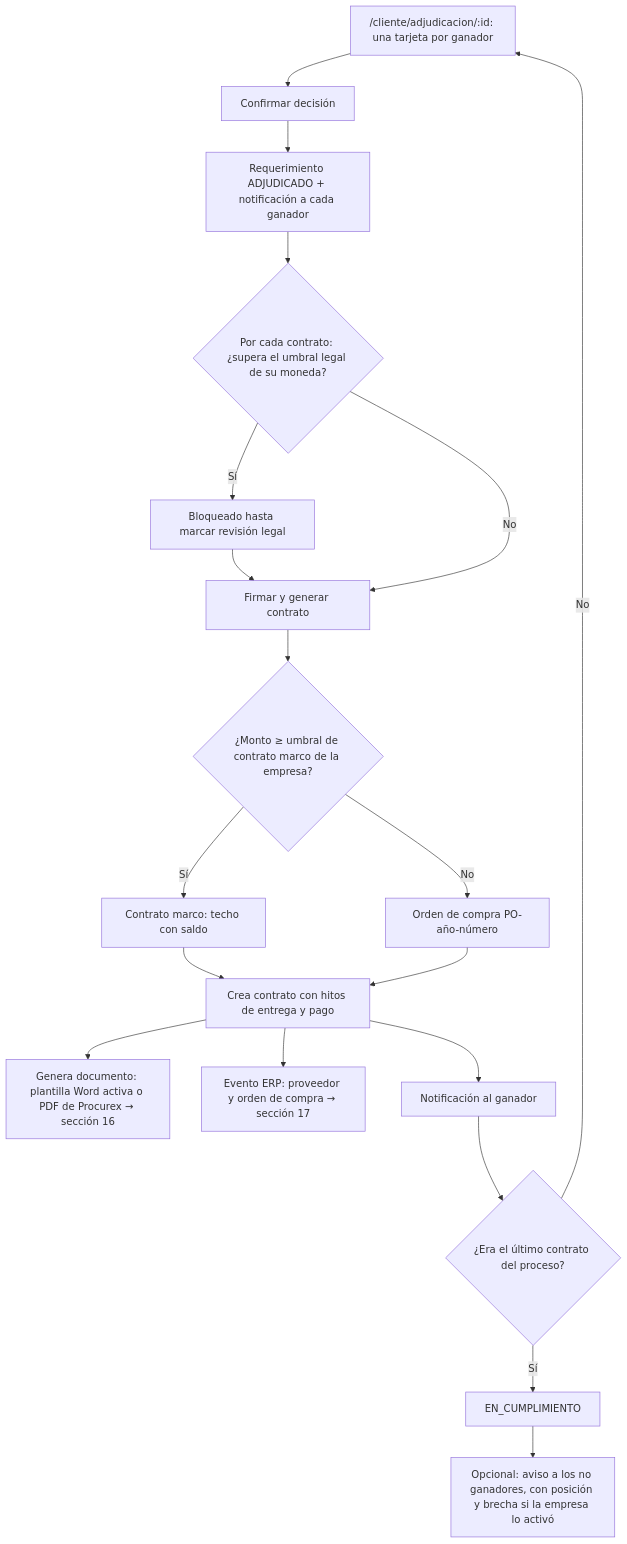
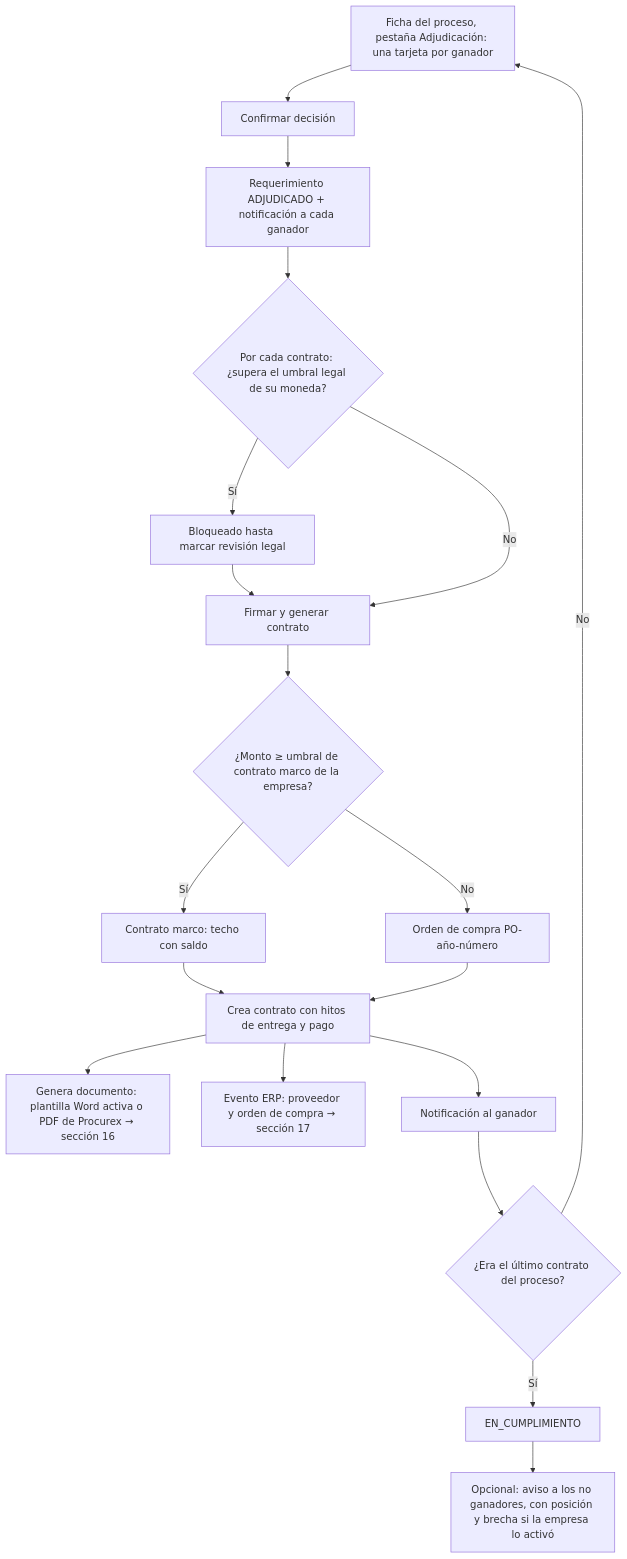
Diagram 18 of 34 in docs/DIAGRAMAS-FLUJO.md (johnalecc21/bolt_pro), drawn with Mermaid before and after one commit.

Commit message:
Diagramas: adjudicación como pestaña de la ficha del proceso
Claude-Session: https://claude.ai/code/session_01FvLx2PXVsKge9HQCpkeMWa

````diff
--- a/docs/DIAGRAMAS-FLUJO.md
+++ b/docs/DIAGRAMAS-FLUJO.md
@@ -449,19 +449,19 @@
 ```mermaid
 flowchart TD
-    A["/cliente/adjudicacion/:id: una tarjeta por ganador"] --> B["Confirmar decisión"]
+    A["Ficha del proceso, pestaña Adjudicación: una tarjeta por ganador"] --> B["Confirmar decisión"]
     B --> C["Requerimiento ADJUDICADO + notificación a cada ganador"]
     C --> D{"Por cada contrato: ¿supera el umbral legal de su moneda?"}
     D -->|"Sí"| E["Bloqueado hasta marcar revisión legal"] --> F
     D -->|"No"| F["Firmar y generar contrato"]
     F --> G{"¿Monto ≥ umbral de contrato marco de la empresa?"}
     G -->|"Sí"| H["Contrato marco: techo con saldo"]
     G -->|"No"| I["Orden de compra PO-año-número"]
     H & I --> J["Crea contrato con hitos de entrega y pago"]
     J --> K["Genera documento: plantilla Word activa o PDF de Procurex → sección 16"]
     J --> L["Evento ERP: proveedor y orden de compra → sección 17"]
     J --> M["Notificación al ganador"]
     M --> N{"¿Era el último contrato del proceso?"}
     N -->|"No"| A
     N -->|"Sí"| O["EN_CUMPLIMIENTO"]
     O --> P["Opcional: aviso a los no ganadores, con posición y brecha si la empresa lo activó"]
 ```
````
